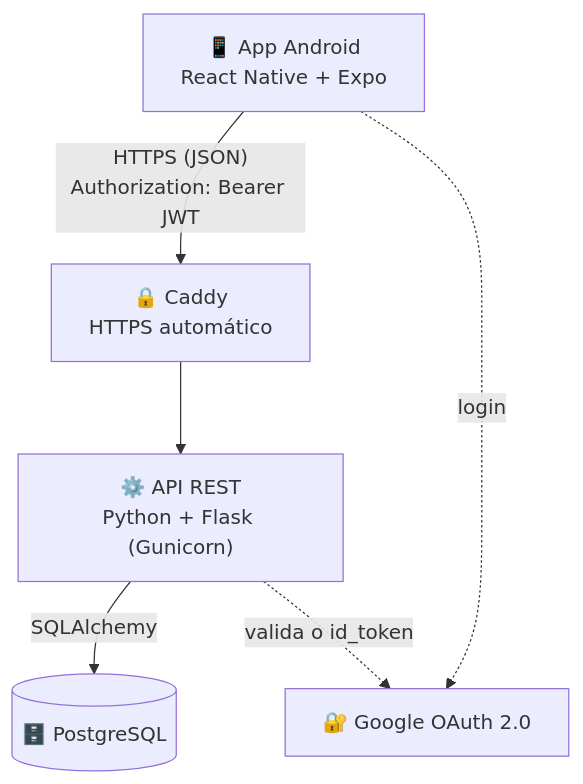
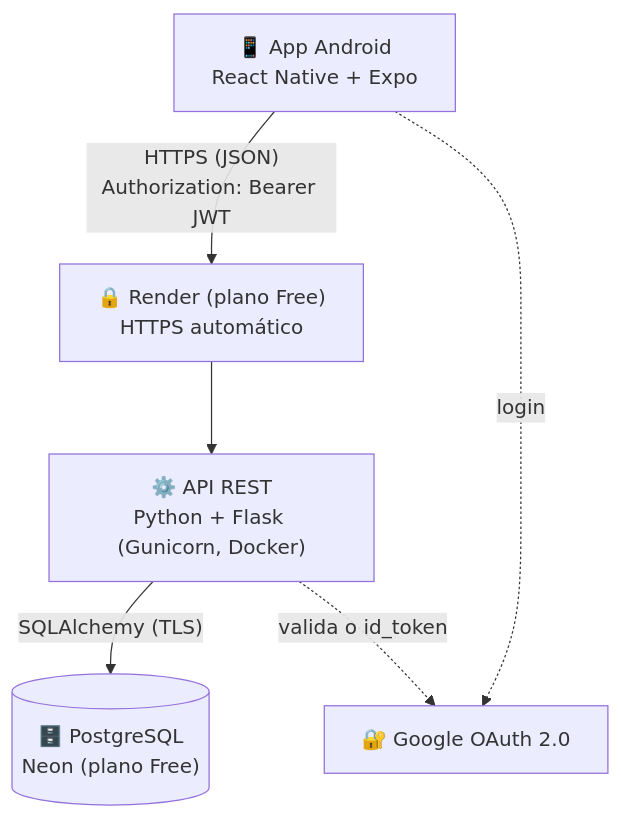
The first of 2 diagrams in docs/arquitetura.md (PAJEGUES/duo-cash), drawn with Mermaid before and after one commit. The commit also changed other lines of this file and 9 other files, not shown here.

First line of the commit message:
feat(deploy): hospedagem gratuita permanente com Render + Neon

````diff
--- a/docs/arquitetura.md
+++ b/docs/arquitetura.md
@@ -7,8 +7,8 @@
 ```mermaid
 flowchart TD
-    A["📱 App Android<br/>React Native + Expo"] -->|"HTTPS (JSON)<br/>Authorization: Bearer JWT"| P["🔒 Caddy<br/>HTTPS automático"]
-    P --> B["⚙️ API REST<br/>Python + Flask (Gunicorn)"]
-    B -->|SQLAlchemy| C[("🗄️ PostgreSQL")]
+    A["📱 App Android<br/>React Native + Expo"] -->|"HTTPS (JSON)<br/>Authorization: Bearer JWT"| P["🔒 Render (plano Free)<br/>HTTPS automático"]
+    P --> B["⚙️ API REST<br/>Python + Flask (Gunicorn, Docker)"]
+    B -->|"SQLAlchemy (TLS)"| C[("🗄️ PostgreSQL<br/>Neon (plano Free)")]
     A -.->|login| D["🔐 Google OAuth 2.0"]
     B -.->|valida o id_token| D
 ```
````
